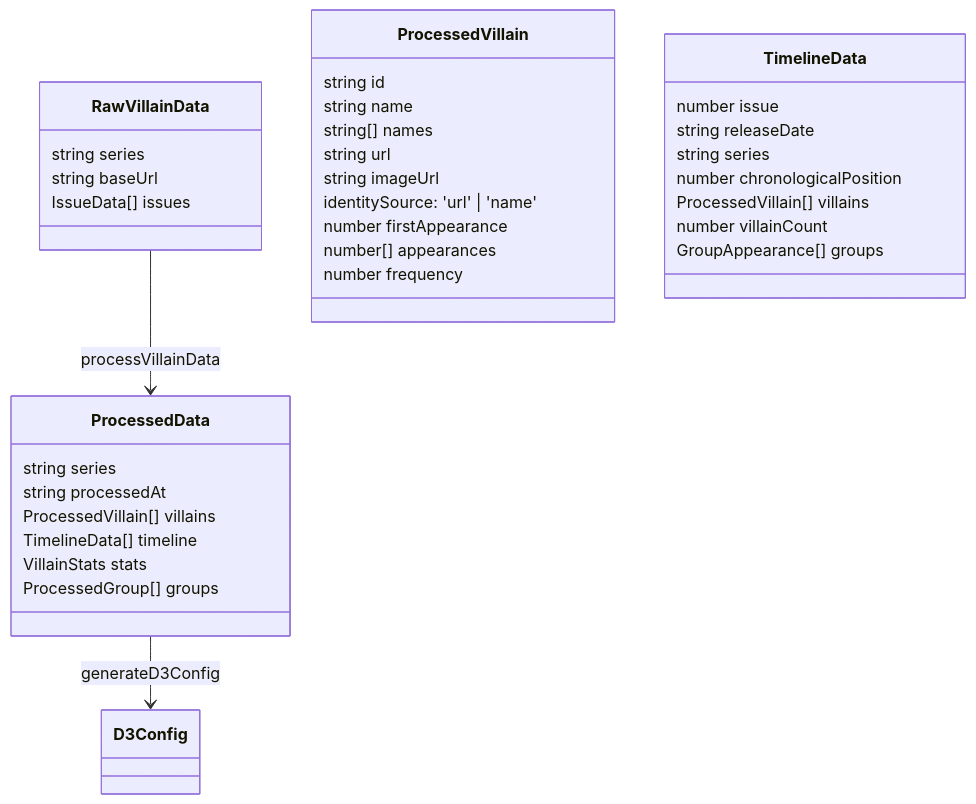
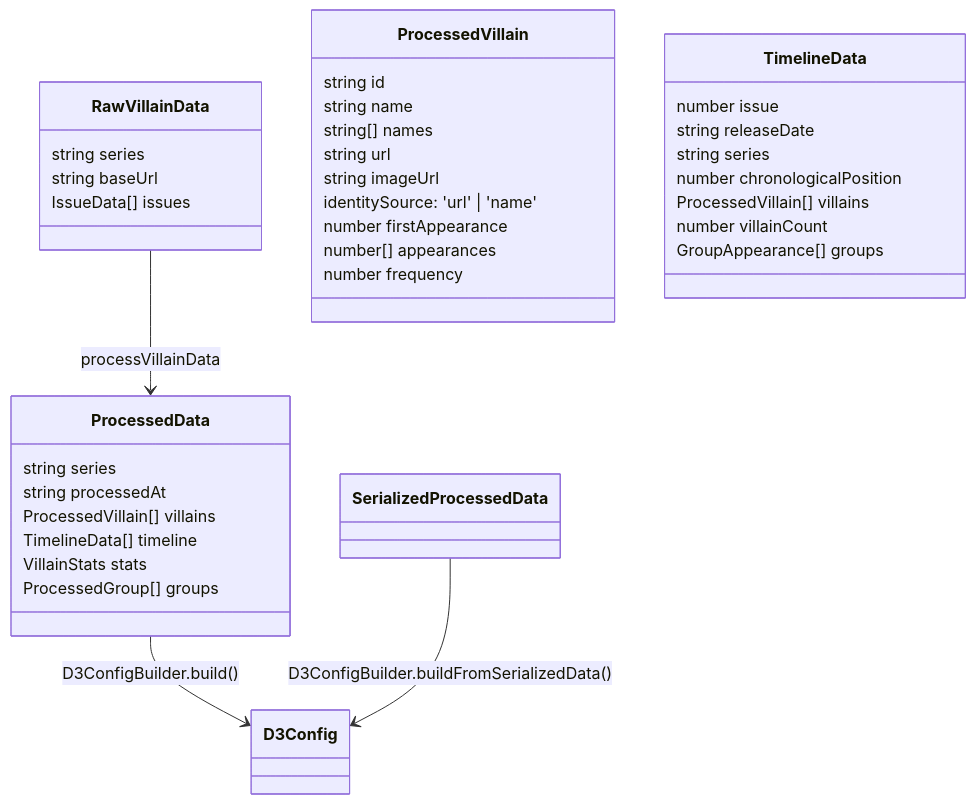
One commit to liammcnabb/spider-man-villain-viz changed the second of 2 diagrams in docs/FUNCTIONAL_DOCUMENTATION.md. Above: the diagram before and after it, drawn with Mermaid. The commit also changed other lines of this file and 26 other files, not shown here.

````diff
--- a/docs/FUNCTIONAL_DOCUMENTATION.md
+++ b/docs/FUNCTIONAL_DOCUMENTATION.md
@@ -113,38 +113,39 @@
 ```mermaid
 classDiagram
     class RawVillainData {
       string series
       string baseUrl
       IssueData[] issues
     }
     class ProcessedVillain {
       string id
       string name
       string[] names
       string url
       string imageUrl
       identitySource: 'url' | 'name'
       number firstAppearance
       number[] appearances
       number frequency
     }
     class TimelineData {
       number issue
       string releaseDate
       string series
       number chronologicalPosition
       ProcessedVillain[] villains
       number villainCount
       GroupAppearance[] groups
     }
     class ProcessedData {
       string series
       string processedAt
       ProcessedVillain[] villains
       TimelineData[] timeline
       VillainStats stats
       ProcessedGroup[] groups
     }
     RawVillainData --> ProcessedData : processVillainData
-    ProcessedData --> D3Config : generateD3Config
+    ProcessedData --> D3Config : D3ConfigBuilder.build()
+    SerializedProcessedData --> D3Config : D3ConfigBuilder.buildFromSerializedData()
 ```
````
